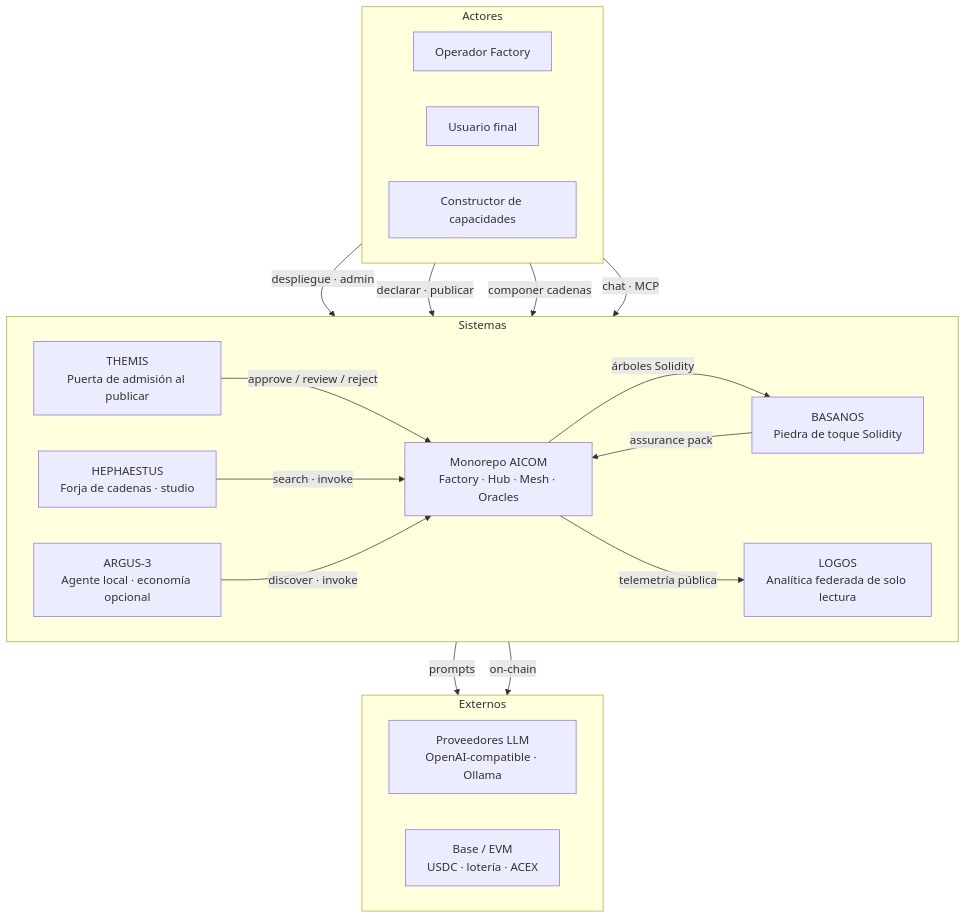
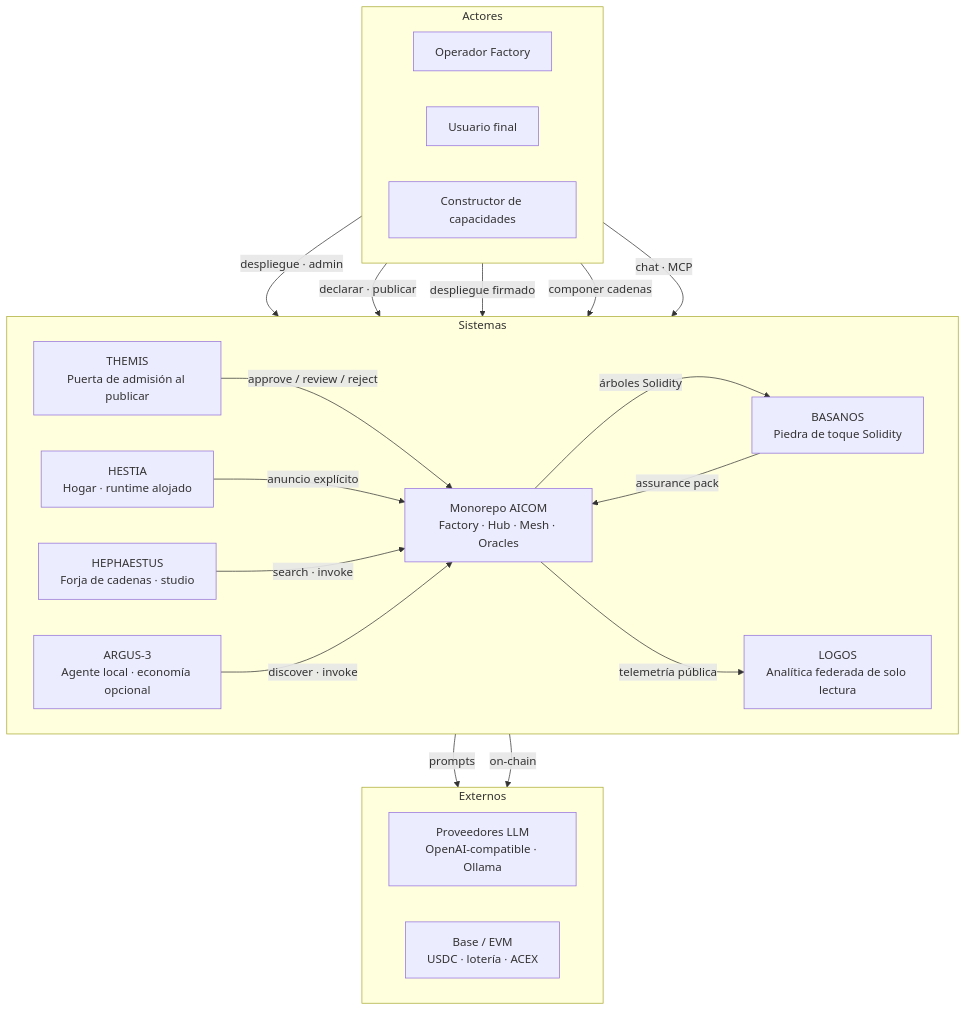
Before and after one commit to alexar76/aicom: the second of 5 diagrams in docs/ecosystem/whitepaper/es.md, drawn with Mermaid. The commit also changed other lines of this file and 28 other files, not shown here.

````diff
--- a/docs/ecosystem/whitepaper/es.md
+++ b/docs/ecosystem/whitepaper/es.md
@@ -141,38 +144,41 @@
 ```mermaid
 flowchart TB
   subgraph actors["Actores"]
     direction LR
     operator["Operador Factory"]
     enduser["Usuario final"]
     builder["Constructor de capacidades"]
   end
 
   subgraph systems["Sistemas"]
     direction LR
     aicom["Monorepo AICOM<br/>Factory · Hub · Mesh · Oracles"]
     themis["THEMIS<br/>Puerta de admisión al publicar"]
+    hestia["HESTIA<br/>Hogar · runtime alojado"]
     basanos["BASANOS<br/>Piedra de toque Solidity"]
     hephaestus["HEPHAESTUS<br/>Forja de cadenas · studio"]
     logos["LOGOS<br/>Analítica federada de solo lectura"]
     argus["ARGUS-3<br/>Agente local · economía opcional"]
   end
 
   subgraph external["Externos"]
     direction LR
     llm["Proveedores LLM<br/>OpenAI-compatible · Ollama"]
     chain["Base / EVM<br/>USDC · lotería · ACEX"]
   end
 
   operator -->|despliegue · admin| aicom
   builder -->|declarar · publicar| themis
   themis -->|"approve / review / reject"| aicom
+  builder -->|despliegue firmado| hestia
+  hestia -->|anuncio explícito| aicom
   enduser -->|componer cadenas| hephaestus
   hephaestus -->|search · invoke| aicom
   aicom -->|árboles Solidity| basanos
   basanos -->|assurance pack| aicom
   enduser -->|chat · MCP| argus
   argus -->|discover · invoke| aicom
   aicom -->|telemetría pública| logos
   aicom -->|prompts| llm
   aicom -->|on-chain| chain
 ```
````
